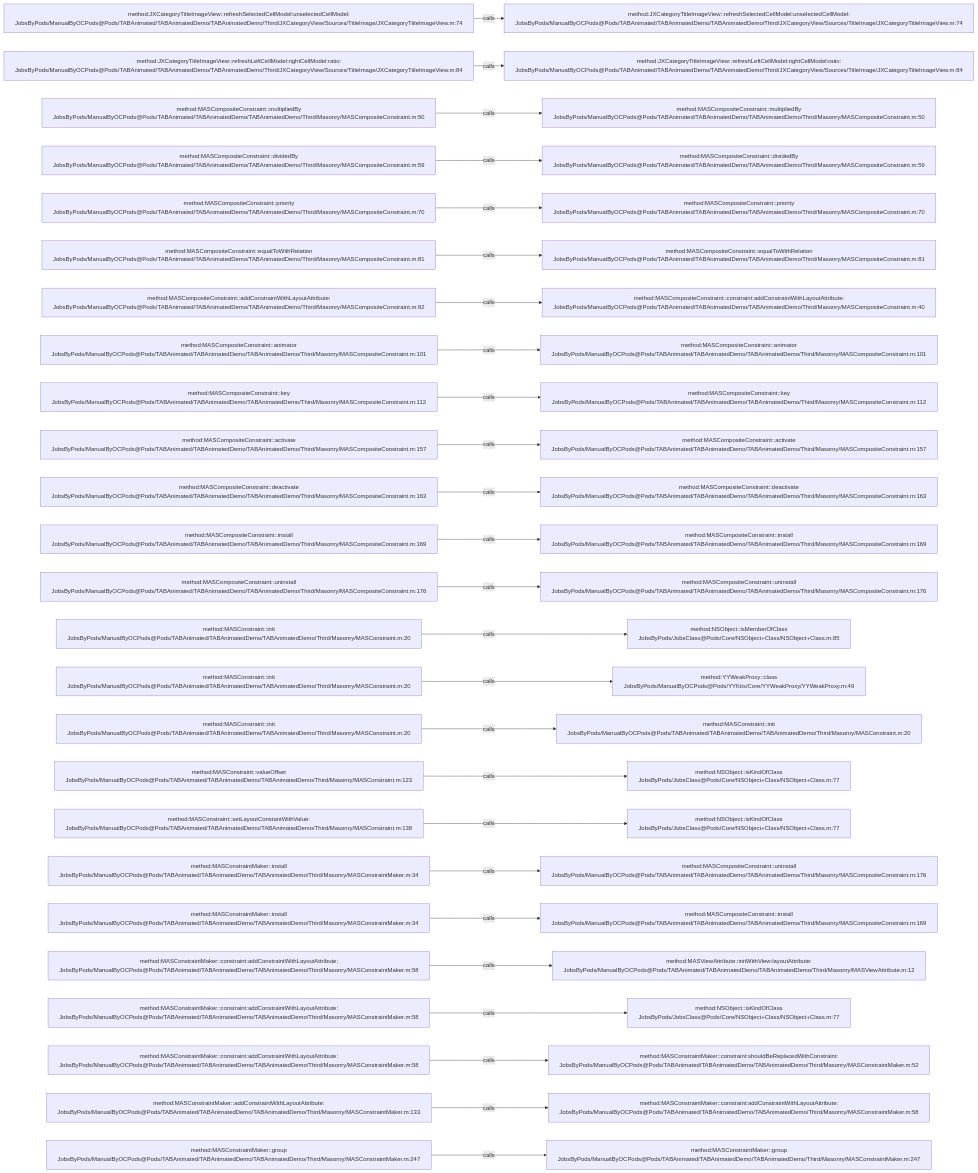
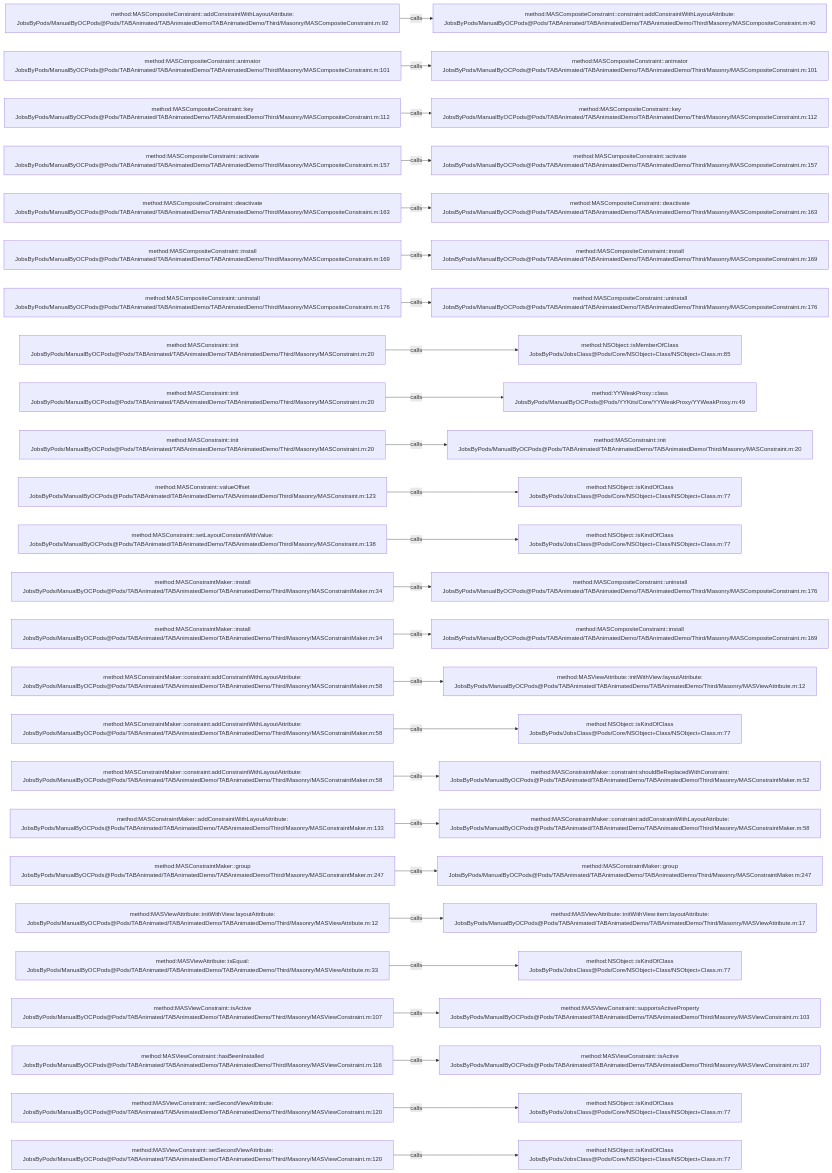
Before and after one commit to JobsKits/JobsOCBaseConfigDemo: the diagram in .codegraph/codegraph.md/graphs/calls-036.md, drawn with Mermaid. The commit also changed 666 other files, not shown here.

````diff
--- a/.codegraph/codegraph.md/graphs/calls-036.md
+++ b/.codegraph/codegraph.md/graphs/calls-036.md
@@ -13,78 +13,78 @@
 ```mermaid
 flowchart LR
-  S1["method:JXCategoryTitleImageView::refreshSelectedCellModel:unselectedCellModel:<br/>JobsByPods/ManualByOCPods@Pods/TABAnimated/TABAnimatedDemo/TABAnimatedDemo/Third/JXCategoryView/Sources/TitleImage/JXCategoryTitleImageView.m:74"]
-  T1["method:JXCategoryTitleImageView::refreshSelectedCellModel:unselectedCellModel:<br/>JobsByPods/ManualByOCPods@Pods/TABAnimated/TABAnimatedDemo/TABAnimatedDemo/Third/JXCategoryView/Sources/TitleImage/JXCategoryTitleImageView.m:74"]
+  S1["method:MASCompositeConstraint::addConstraintWithLayoutAttribute:<br/>JobsByPods/ManualByOCPods@Pods/TABAnimated/TABAnimatedDemo/TABAnimatedDemo/Third/Masonry/MASCompositeConstraint.m:92"]
+  T1["method:MASCompositeConstraint::constraint:addConstraintWithLayoutAttribute:<br/>JobsByPods/ManualByOCPods@Pods/TABAnimated/TABAnimatedDemo/TABAnimatedDemo/Third/Masonry/MASCompositeConstraint.m:40"]
   S1 -->|calls| T1
-  S2["method:JXCategoryTitleImageView::refreshLeftCellModel:rightCellModel:ratio:<br/>JobsByPods/ManualByOCPods@Pods/TABAnimated/TABAnimatedDemo/TABAnimatedDemo/Third/JXCategoryView/Sources/TitleImage/JXCategoryTitleImageView.m:84"]
-  T2["method:JXCategoryTitleImageView::refreshLeftCellModel:rightCellModel:ratio:<br/>JobsByPods/ManualByOCPods@Pods/TABAnimated/TABAnimatedDemo/TABAnimatedDemo/Third/JXCategoryView/Sources/TitleImage/JXCategoryTitleImageView.m:84"]
+  S2["method:MASCompositeConstraint::animator<br/>JobsByPods/ManualByOCPods@Pods/TABAnimated/TABAnimatedDemo/TABAnimatedDemo/Third/Masonry/MASCompositeConstraint.m:101"]
+  T2["method:MASCompositeConstraint::animator<br/>JobsByPods/ManualByOCPods@Pods/TABAnimated/TABAnimatedDemo/TABAnimatedDemo/Third/Masonry/MASCompositeConstraint.m:101"]
   S2 -->|calls| T2
-  S3["method:MASCompositeConstraint::multipliedBy<br/>JobsByPods/ManualByOCPods@Pods/TABAnimated/TABAnimatedDemo/TABAnimatedDemo/Third/Masonry/MASCompositeConstraint.m:50"]
-  T3["method:MASCompositeConstraint::multipliedBy<br/>JobsByPods/ManualByOCPods@Pods/TABAnimated/TABAnimatedDemo/TABAnimatedDemo/Third/Masonry/MASCompositeConstraint.m:50"]
+  S3["method:MASCompositeConstraint::key<br/>JobsByPods/ManualByOCPods@Pods/TABAnimated/TABAnimatedDemo/TABAnimatedDemo/Third/Masonry/MASCompositeConstraint.m:112"]
+  T3["method:MASCompositeConstraint::key<br/>JobsByPods/ManualByOCPods@Pods/TABAnimated/TABAnimatedDemo/TABAnimatedDemo/Third/Masonry/MASCompositeConstraint.m:112"]
   S3 -->|calls| T3
-  S4["method:MASCompositeConstraint::dividedBy<br/>JobsByPods/ManualByOCPods@Pods/TABAnimated/TABAnimatedDemo/TABAnimatedDemo/Third/Masonry/MASCompositeConstraint.m:59"]
-  T4["method:MASCompositeConstraint::dividedBy<br/>JobsByPods/ManualByOCPods@Pods/TABAnimated/TABAnimatedDemo/TABAnimatedDemo/Third/Masonry/MASCompositeConstraint.m:59"]
+  S4["method:MASCompositeConstraint::activate<br/>JobsByPods/ManualByOCPods@Pods/TABAnimated/TABAnimatedDemo/TABAnimatedDemo/Third/Masonry/MASCompositeConstraint.m:157"]
+  T4["method:MASCompositeConstraint::activate<br/>JobsByPods/ManualByOCPods@Pods/TABAnimated/TABAnimatedDemo/TABAnimatedDemo/Third/Masonry/MASCompositeConstraint.m:157"]
   S4 -->|calls| T4
-  S5["method:MASCompositeConstraint::priority<br/>JobsByPods/ManualByOCPods@Pods/TABAnimated/TABAnimatedDemo/TABAnimatedDemo/Third/Masonry/MASCompositeConstraint.m:70"]
-  T5["method:MASCompositeConstraint::priority<br/>JobsByPods/ManualByOCPods@Pods/TABAnimated/TABAnimatedDemo/TABAnimatedDemo/Third/Masonry/MASCompositeConstraint.m:70"]
+  S5["method:MASCompositeConstraint::deactivate<br/>JobsByPods/ManualByOCPods@Pods/TABAnimated/TABAnimatedDemo/TABAnimatedDemo/Third/Masonry/MASCompositeConstraint.m:163"]
+  T5["method:MASCompositeConstraint::deactivate<br/>JobsByPods/ManualByOCPods@Pods/TABAnimated/TABAnimatedDemo/TABAnimatedDemo/Third/Masonry/MASCompositeConstraint.m:163"]
   S5 -->|calls| T5
-  S6["method:MASCompositeConstraint::equalToWithRelation<br/>JobsByPods/ManualByOCPods@Pods/TABAnimated/TABAnimatedDemo/TABAnimatedDemo/Third/Masonry/MASCompositeConstraint.m:81"]
-  T6["method:MASCompositeConstraint::equalToWithRelation<br/>JobsByPods/ManualByOCPods@Pods/TABAnimated/TABAnimatedDemo/TABAnimatedDemo/Third/Masonry/MASCompositeConstraint.m:81"]
+  S6["method:MASCompositeConstraint::install<br/>JobsByPods/ManualByOCPods@Pods/TABAnimated/TABAnimatedDemo/TABAnimatedDemo/Third/Masonry/MASCompositeConstraint.m:169"]
+  T6["method:MASCompositeConstraint::install<br/>JobsByPods/ManualByOCPods@Pods/TABAnimated/TABAnimatedDemo/TABAnimatedDemo/Third/Masonry/MASCompositeConstraint.m:169"]
   S6 -->|calls| T6
-  S7["method:MASCompositeConstraint::addConstraintWithLayoutAttribute:<br/>JobsByPods/ManualByOCPods@Pods/TABAnimated/TABAnimatedDemo/TABAnimatedDemo/Third/Masonry/MASCompositeConstraint.m:92"]
-  T7["method:MASCompositeConstraint::constraint:addConstraintWithLayoutAttribute:<br/>JobsByPods/ManualByOCPods@Pods/TABAnimated/TABAnimatedDemo/TABAnimatedDemo/Third/Masonry/MASCompositeConstraint.m:40"]
+  S7["method:MASCompositeConstraint::uninstall<br/>JobsByPods/ManualByOCPods@Pods/TABAnimated/TABAnimatedDemo/TABAnimatedDemo/Third/Masonry/MASCompositeConstraint.m:176"]
+  T7["method:MASCompositeConstraint::uninstall<br/>JobsByPods/ManualByOCPods@Pods/TABAnimated/TABAnimatedDemo/TABAnimatedDemo/Third/Masonry/MASCompositeConstraint.m:176"]
   S7 -->|calls| T7
-  S8["method:MASCompositeConstraint::animator<br/>JobsByPods/ManualByOCPods@Pods/TABAnimated/TABAnimatedDemo/TABAnimatedDemo/Third/Masonry/MASCompositeConstraint.m:101"]
-  T8["method:MASCompositeConstraint::animator<br/>JobsByPods/ManualByOCPods@Pods/TABAnimated/TABAnimatedDemo/TABAnimatedDemo/Third/Masonry/MASCompositeConstraint.m:101"]
+  S8["method:MASConstraint::init<br/>JobsByPods/ManualByOCPods@Pods/TABAnimated/TABAnimatedDemo/TABAnimatedDemo/Third/Masonry/MASConstraint.m:20"]
+  T8["method:NSObject::isMemberOfClass<br/>JobsByPods/JobsClass@Pods/Core/NSObject+Class/NSObject+Class.m:85"]
   S8 -->|calls| T8
-  S9["method:MASCompositeConstraint::key<br/>JobsByPods/ManualByOCPods@Pods/TABAnimated/TABAnimatedDemo/TABAnimatedDemo/Third/Masonry/MASCompositeConstraint.m:112"]
-  T9["method:MASCompositeConstraint::key<br/>JobsByPods/ManualByOCPods@Pods/TABAnimated/TABAnimatedDemo/TABAnimatedDemo/Third/Masonry/MASCompositeConstraint.m:112"]
+  S9["method:MASConstraint::init<br/>JobsByPods/ManualByOCPods@Pods/TABAnimated/TABAnimatedDemo/TABAnimatedDemo/Third/Masonry/MASConstraint.m:20"]
+  T9["method:YYWeakProxy::class<br/>JobsByPods/ManualByOCPods@Pods/YYKits/Core/YYWeakProxy/YYWeakProxy.m:49"]
   S9 -->|calls| T9
-  S10["method:MASCompositeConstraint::activate<br/>JobsByPods/ManualByOCPods@Pods/TABAnimated/TABAnimatedDemo/TABAnimatedDemo/Third/Masonry/MASCompositeConstraint.m:157"]
-  T10["method:MASCompositeConstraint::activate<br/>JobsByPods/ManualByOCPods@Pods/TABAnimated/TABAnimatedDemo/TABAnimatedDemo/Third/Masonry/MASCompositeConstraint.m:157"]
+  S10["method:MASConstraint::init<br/>JobsByPods/ManualByOCPods@Pods/TABAnimated/TABAnimatedDemo/TABAnimatedDemo/Third/Masonry/MASConstraint.m:20"]
+  T10["method:MASConstraint::init<br/>JobsByPods/ManualByOCPods@Pods/TABAnimated/TABAnimatedDemo/TABAnimatedDemo/Third/Masonry/MASConstraint.m:20"]
   S10 -->|calls| T10
-  S11["method:MASCompositeConstraint::deactivate<br/>JobsByPods/ManualByOCPods@Pods/TABAnimated/TABAnimatedDemo/TABAnimatedDemo/Third/Masonry/MASCompositeConstraint.m:163"]
-  T11["method:MASCompositeConstraint::deactivate<br/>JobsByPods/ManualByOCPods@Pods/TABAnimated/TABAnimatedDemo/TABAnimatedDemo/Third/Masonry/MASCompositeConstraint.m:163"]
+  S11["method:MASConstraint::valueOffset<br/>JobsByPods/ManualByOCPods@Pods/TABAnimated/TABAnimatedDemo/TABAnimatedDemo/Third/Masonry/MASConstraint.m:123"]
+  T11["method:NSObject::isKindOfClass<br/>JobsByPods/JobsClass@Pods/Core/NSObject+Class/NSObject+Class.m:77"]
   S11 -->|calls| T11
-  S12["method:MASCompositeConstraint::install<br/>JobsByPods/ManualByOCPods@Pods/TABAnimated/TABAnimatedDemo/TABAnimatedDemo/Third/Masonry/MASCompositeConstraint.m:169"]
-  T12["method:MASCompositeConstraint::install<br/>JobsByPods/ManualByOCPods@Pods/TABAnimated/TABAnimatedDemo/TABAnimatedDemo/Third/Masonry/MASCompositeConstraint.m:169"]
+  S12["method:MASConstraint::setLayoutConstantWithValue:<br/>JobsByPods/ManualByOCPods@Pods/TABAnimated/TABAnimatedDemo/TABAnimatedDemo/Third/Masonry/MASConstraint.m:138"]
+  T12["method:NSObject::isKindOfClass<br/>JobsByPods/JobsClass@Pods/Core/NSObject+Class/NSObject+Class.m:77"]
   S12 -->|calls| T12
-  S13["method:MASCompositeConstraint::uninstall<br/>JobsByPods/ManualByOCPods@Pods/TABAnimated/TABAnimatedDemo/TABAnimatedDemo/Third/Masonry/MASCompositeConstraint.m:176"]
+  S13["method:MASConstraintMaker::install<br/>JobsByPods/ManualByOCPods@Pods/TABAnimated/TABAnimatedDemo/TABAnimatedDemo/Third/Masonry/MASConstraintMaker.m:34"]
   T13["method:MASCompositeConstraint::uninstall<br/>JobsByPods/ManualByOCPods@Pods/TABAnimated/TABAnimatedDemo/TABAnimatedDemo/Third/Masonry/MASCompositeConstraint.m:176"]
   S13 -->|calls| T13
-  S14["method:MASConstraint::init<br/>JobsByPods/ManualByOCPods@Pods/TABAnimated/TABAnimatedDemo/TABAnimatedDemo/Third/Masonry/MASConstraint.m:20"]
-  T14["method:NSObject::isMemberOfClass<br/>JobsByPods/JobsClass@Pods/Core/NSObject+Class/NSObject+Class.m:85"]
+  S14["method:MASConstraintMaker::install<br/>JobsByPods/ManualByOCPods@Pods/TABAnimated/TABAnimatedDemo/TABAnimatedDemo/Third/Masonry/MASConstraintMaker.m:34"]
+  T14["method:MASCompositeConstraint::install<br/>JobsByPods/ManualByOCPods@Pods/TABAnimated/TABAnimatedDemo/TABAnimatedDemo/Third/Masonry/MASCompositeConstraint.m:169"]
   S14 -->|calls| T14
-  S15["method:MASConstraint::init<br/>JobsByPods/ManualByOCPods@Pods/TABAnimated/TABAnimatedDemo/TABAnimatedDemo/Third/Masonry/MASConstraint.m:20"]
-  T15["method:YYWeakProxy::class<br/>JobsByPods/ManualByOCPods@Pods/YYKits/Core/YYWeakProxy/YYWeakProxy.m:49"]
+  S15["method:MASConstraintMaker::constraint:addConstraintWithLayoutAttribute:<br/>JobsByPods/ManualByOCPods@Pods/TABAnimated/TABAnimatedDemo/TABAnimatedDemo/Third/Masonry/MASConstraintMaker.m:58"]
+  T15["method:MASViewAttribute::initWithView:layoutAttribute:<br/>JobsByPods/ManualByOCPods@Pods/TABAnimated/TABAnimatedDemo/TABAnimatedDemo/Third/Masonry/MASViewAttribute.m:12"]
   S15 -->|calls| T15
-  S16["method:MASConstraint::init<br/>JobsByPods/ManualByOCPods@Pods/TABAnimated/TABAnimatedDemo/TABAnimatedDemo/Third/Masonry/MASConstraint.m:20"]
-  T16["method:MASConstraint::init<br/>JobsByPods/ManualByOCPods@Pods/TABAnimated/TABAnimatedDemo/TABAnimatedDemo/Third/Masonry/MASConstraint.m:20"]
+  S16["method:MASConstraintMaker::constraint:addConstraintWithLayoutAttribute:<br/>JobsByPods/ManualByOCPods@Pods/TABAnimated/TABAnimatedDemo/TABAnimatedDemo/Third/Masonry/MASConstraintMaker.m:58"]
+  T16["method:NSObject::isKindOfClass<br/>JobsByPods/JobsClass@Pods/Core/NSObject+Class/NSObject+Class.m:77"]
   S16 -->|calls| T16
-  S17["method:MASConstraint::valueOffset<br/>JobsByPods/ManualByOCPods@Pods/TABAnimated/TABAnimatedDemo/TABAnimatedDemo/Third/Masonry/MASConstraint.m:123"]
-  T17["method:NSObject::isKindOfClass<br/>JobsByPods/JobsClass@Pods/Core/NSObject+Class/NSObject+Class.m:77"]
+  S17["method:MASConstraintMaker::constraint:addConstraintWithLayoutAttribute:<br/>JobsByPods/ManualByOCPods@Pods/TABAnimated/TABAnimatedDemo/TABAnimatedDemo/Third/Masonry/MASConstraintMaker.m:58"]
+  T17["method:MASConstraintMaker::constraint:shouldBeReplacedWithConstraint:<br/>JobsByPods/ManualByOCPods@Pods/TABAnimated/TABAnimatedDemo/TABAnimatedDemo/Third/Masonry/MASConstraintMaker.m:52"]
   S17 -->|calls| T17
-  S18["method:MASConstraint::setLayoutConstantWithValue:<br/>JobsByPods/ManualByOCPods@Pods/TABAnimated/TABAnimatedDemo/TABAnimatedDemo/Third/Masonry/MASConstraint.m:138"]
-  T18["method:NSObject::isKindOfClass<br/>JobsByPods/JobsClass@Pods/Core/NSObject+Class/NSObject+Class.m:77"]
+  S18["method:MASConstraintMaker::addConstraintWithLayoutAttribute:<br/>JobsByPods/ManualByOCPods@Pods/TABAnimated/TABAnimatedDemo/TABAnimatedDemo/Third/Masonry/MASConstraintMaker.m:133"]
+  T18["method:MASConstraintMaker::constraint:addConstraintWithLayoutAttribute:<br/>JobsByPods/ManualByOCPods@Pods/TABAnimated/TABAnimatedDemo/TABAnimatedDemo/Third/Masonry/MASConstraintMaker.m:58"]
   S18 -->|calls| T18
-  S19["method:MASConstraintMaker::install<br/>JobsByPods/ManualByOCPods@Pods/TABAnimated/TABAnimatedDemo/TABAnimatedDemo/Third/Masonry/MASConstraintMaker.m:34"]
-  T19["method:MASCompositeConstraint::uninstall<br/>JobsByPods/ManualByOCPods@Pods/TABAnimated/TABAnimatedDemo/TABAnimatedDemo/Third/Masonry/MASCompositeConstraint.m:176"]
+  S19["method:MASConstraintMaker::group<br/>JobsByPods/ManualByOCPods@Pods/TABAnimated/TABAnimatedDemo/TABAnimatedDemo/Third/Masonry/MASConstraintMaker.m:247"]
+  T19["method:MASConstraintMaker::group<br/>JobsByPods/ManualByOCPods@Pods/TABAnimated/TABAnimatedDemo/TABAnimatedDemo/Third/Masonry/MASConstraintMaker.m:247"]
   S19 -->|calls| T19
-  S20["method:MASConstraintMaker::install<br/>JobsByPods/ManualByOCPods@Pods/TABAnimated/TABAnimatedDemo/TABAnimatedDemo/Third/Masonry/MASConstraintMaker.m:34"]
-  T20["method:MASCompositeConstraint::install<br/>JobsByPods/ManualByOCPods@Pods/TABAnimated/TABAnimatedDemo/TABAnimatedDemo/Third/Masonry/MASCompositeConstraint.m:169"]
+  S20["method:MASViewAttribute::initWithView:layoutAttribute:<br/>JobsByPods/ManualByOCPods@Pods/TABAnimated/TABAnimatedDemo/TABAnimatedDemo/Third/Masonry/MASViewAttribute.m:12"]
+  T20["method:MASViewAttribute::initWithView:item:layoutAttribute:<br/>JobsByPods/ManualByOCPods@Pods/TABAnimated/TABAnimatedDemo/TABAnimatedDemo/Third/Masonry/MASViewAttribute.m:17"]
   S20 -->|calls| T20
-  S21["method:MASConstraintMaker::constraint:addConstraintWithLayoutAttribute:<br/>JobsByPods/ManualByOCPods@Pods/TABAnimated/TABAnimatedDemo/TABAnimatedDemo/Third/Masonry/MASConstraintMaker.m:58"]
-  T21["method:MASViewAttribute::initWithView:layoutAttribute:<br/>JobsByPods/ManualByOCPods@Pods/TABAnimated/TABAnimatedDemo/TABAnimatedDemo/Third/Masonry/MASViewAttribute.m:12"]
+  S21["method:MASViewAttribute::isEqual:<br/>JobsByPods/ManualByOCPods@Pods/TABAnimated/TABAnimatedDemo/TABAnimatedDemo/Third/Masonry/MASViewAttribute.m:33"]
+  T21["method:NSObject::isKindOfClass<br/>JobsByPods/JobsClass@Pods/Core/NSObject+Class/NSObject+Class.m:77"]
   S21 -->|calls| T21
-  S22["method:MASConstraintMaker::constraint:addConstraintWithLayoutAttribute:<br/>JobsByPods/ManualByOCPods@Pods/TABAnimated/TABAnimatedDemo/TABAnimatedDemo/Third/Masonry/MASConstraintMaker.m:58"]
-  T22["method:NSObject::isKindOfClass<br/>JobsByPods/JobsClass@Pods/Core/NSObject+Class/NSObject+Class.m:77"]
+  S22["method:MASViewConstraint::isActive<br/>JobsByPods/ManualByOCPods@Pods/TABAnimated/TABAnimatedDemo/TABAnimatedDemo/Third/Masonry/MASViewConstraint.m:107"]
+  T22["method:MASViewConstraint::supportsActiveProperty<br/>JobsByPods/ManualByOCPods@Pods/TABAnimated/TABAnimatedDemo/TABAnimatedDemo/Third/Masonry/MASViewConstraint.m:103"]
   S22 -->|calls| T22
-  S23["method:MASConstraintMaker::constraint:addConstraintWithLayoutAttribute:<br/>JobsByPods/ManualByOCPods@Pods/TABAnimated/TABAnimatedDemo/TABAnimatedDemo/Third/Masonry/MASConstraintMaker.m:58"]
-  T23["method:MASConstraintMaker::constraint:shouldBeReplacedWithConstraint:<br/>JobsByPods/ManualByOCPods@Pods/TABAnimated/TABAnimatedDemo/TABAnimatedDemo/Third/Masonry/MASConstraintMaker.m:52"]
+  S23["method:MASViewConstraint::hasBeenInstalled<br/>JobsByPods/ManualByOCPods@Pods/TABAnimated/TABAnimatedDemo/TABAnimatedDemo/Third/Masonry/MASViewConstraint.m:116"]
+  T23["method:MASViewConstraint::isActive<br/>JobsByPods/ManualByOCPods@Pods/TABAnimated/TABAnimatedDemo/TABAnimatedDemo/Third/Masonry/MASViewConstraint.m:107"]
   S23 -->|calls| T23
-  S24["method:MASConstraintMaker::addConstraintWithLayoutAttribute:<br/>JobsByPods/ManualByOCPods@Pods/TABAnimated/TABAnimatedDemo/TABAnimatedDemo/Third/Masonry/MASConstraintMaker.m:133"]
-  T24["method:MASConstraintMaker::constraint:addConstraintWithLayoutAttribute:<br/>JobsByPods/ManualByOCPods@Pods/TABAnimated/TABAnimatedDemo/TABAnimatedDemo/Third/Masonry/MASConstraintMaker.m:58"]
+  S24["method:MASViewConstraint::setSecondViewAttribute:<br/>JobsByPods/ManualByOCPods@Pods/TABAnimated/TABAnimatedDemo/TABAnimatedDemo/Third/Masonry/MASViewConstraint.m:120"]
+  T24["method:NSObject::isKindOfClass<br/>JobsByPods/JobsClass@Pods/Core/NSObject+Class/NSObject+Class.m:77"]
   S24 -->|calls| T24
-  S25["method:MASConstraintMaker::group<br/>JobsByPods/ManualByOCPods@Pods/TABAnimated/TABAnimatedDemo/TABAnimatedDemo/Third/Masonry/MASConstraintMaker.m:247"]
-  T25["method:MASConstraintMaker::group<br/>JobsByPods/ManualByOCPods@Pods/TABAnimated/TABAnimatedDemo/TABAnimatedDemo/Third/Masonry/MASConstraintMaker.m:247"]
+  S25["method:MASViewConstraint::setSecondViewAttribute:<br/>JobsByPods/ManualByOCPods@Pods/TABAnimated/TABAnimatedDemo/TABAnimatedDemo/Third/Masonry/MASViewConstraint.m:120"]
+  T25["method:NSObject::isKindOfClass<br/>JobsByPods/JobsClass@Pods/Core/NSObject+Class/NSObject+Class.m:77"]
   S25 -->|calls| T25
 ```
````
